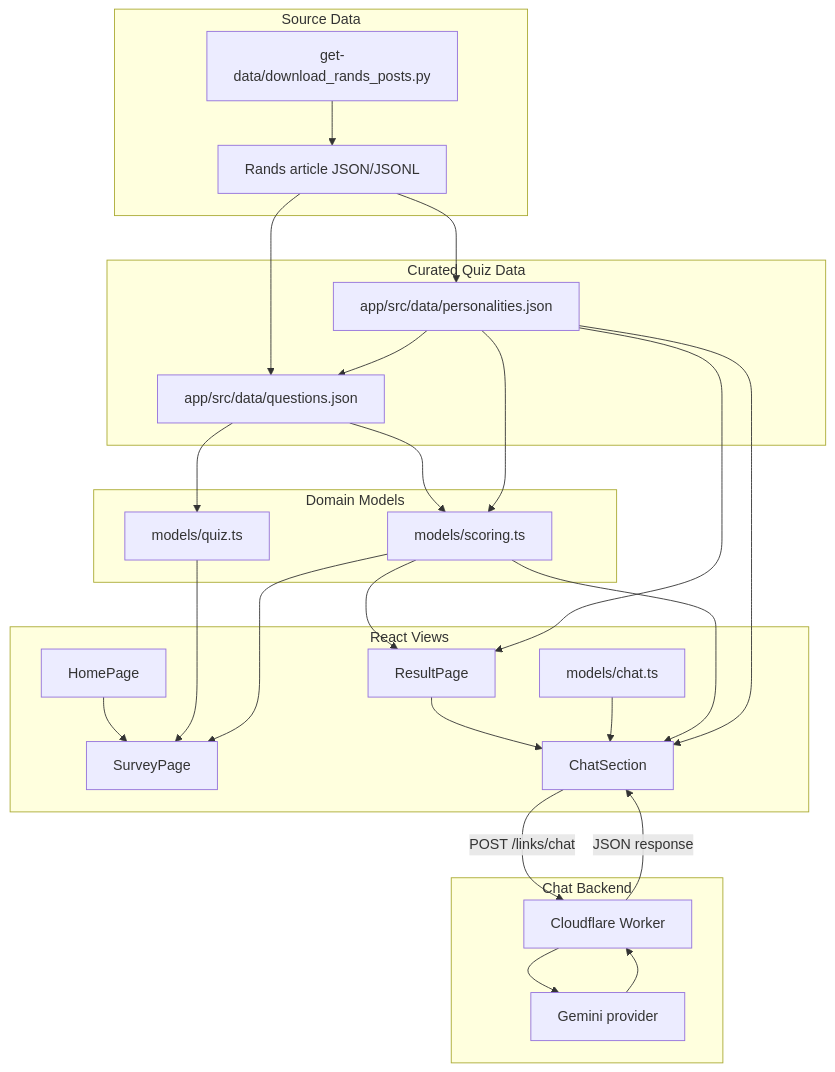
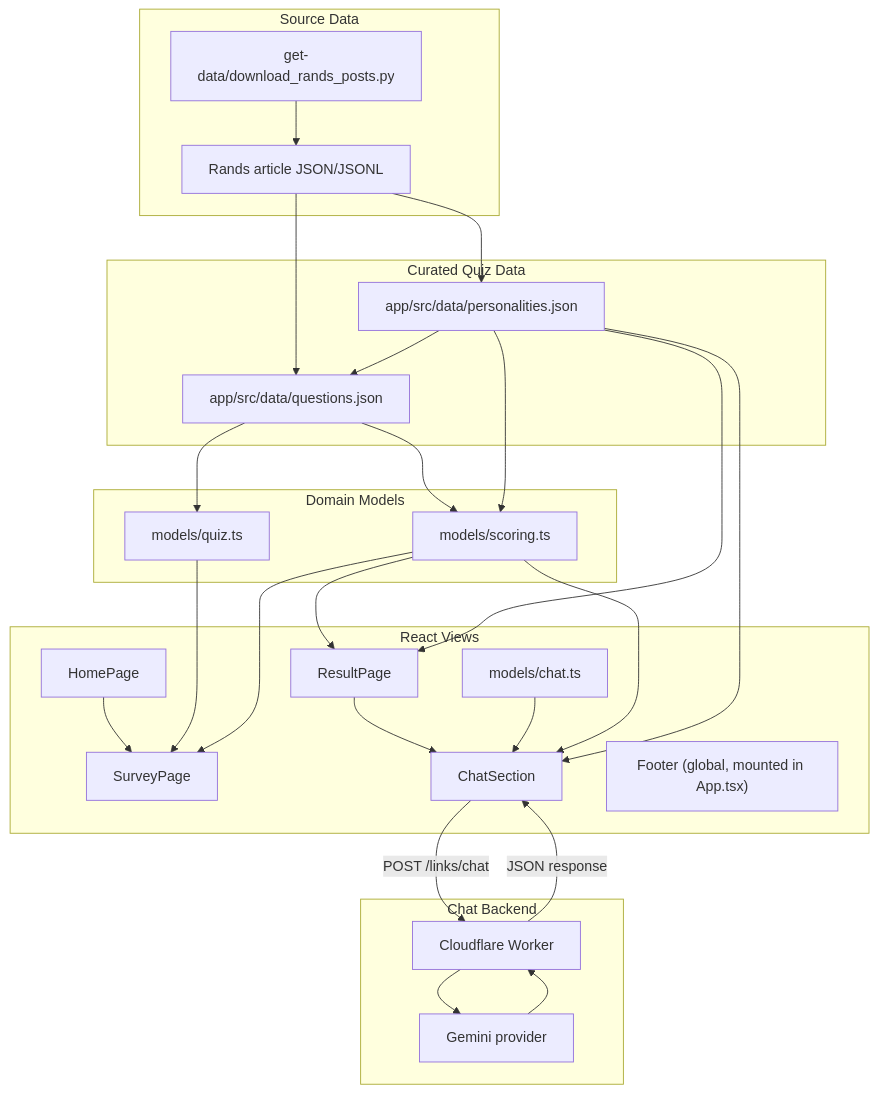
Before and after one commit to johnpfeiffer/rands-personality-game: the first of 3 diagrams in architecture.md, drawn with Mermaid. The commit also changed other lines of this file and 5 other files, not shown here.

````diff
--- a/architecture.md
+++ b/architecture.md
@@ -8,37 +8,38 @@
 ```mermaid
 flowchart TD
     subgraph Source["Source Data"]
         Downloader["get-data/download_rands_posts.py"] --> Articles["Rands article JSON/JSONL"]
     end
 
     subgraph Data["Curated Quiz Data"]
         Articles --> Personalities["app/src/data/personalities.json"]
         Articles --> Questions["app/src/data/questions.json"]
         Personalities --> Questions
     end
 
     subgraph Models["Domain Models"]
         Questions --> QuizModel["models/quiz.ts"]
         Questions --> ScoringModel["models/scoring.ts"]
         Personalities --> ScoringModel
     end
 
     subgraph Views["React Views"]
         Home["HomePage"] --> Survey["SurveyPage"]
         QuizModel --> Survey
         ScoringModel --> Survey
         ScoringModel --> Result["ResultPage"]
         Personalities --> Result
         Result --> Chat["ChatSection"]
         ChatModel["models/chat.ts"] --> Chat
         ScoringModel --> Chat
         Personalities --> Chat
+        FooterComp["Footer (global, mounted in App.tsx)"]
     end
 
     subgraph ChatBackend["Chat Backend"]
         Chat -->|POST /links/chat| Worker["Cloudflare Worker"]
         Worker --> Provider["Gemini provider"]
         Provider --> Worker
         Worker -->|JSON response| Chat
     end
 ```
````
